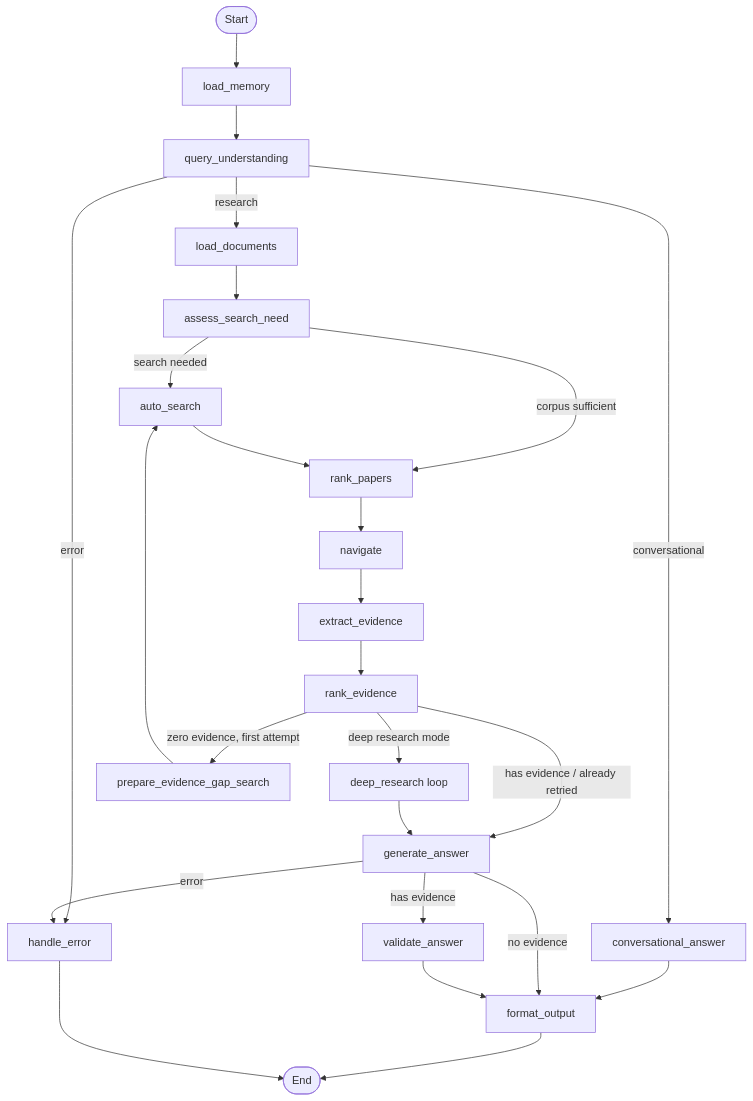
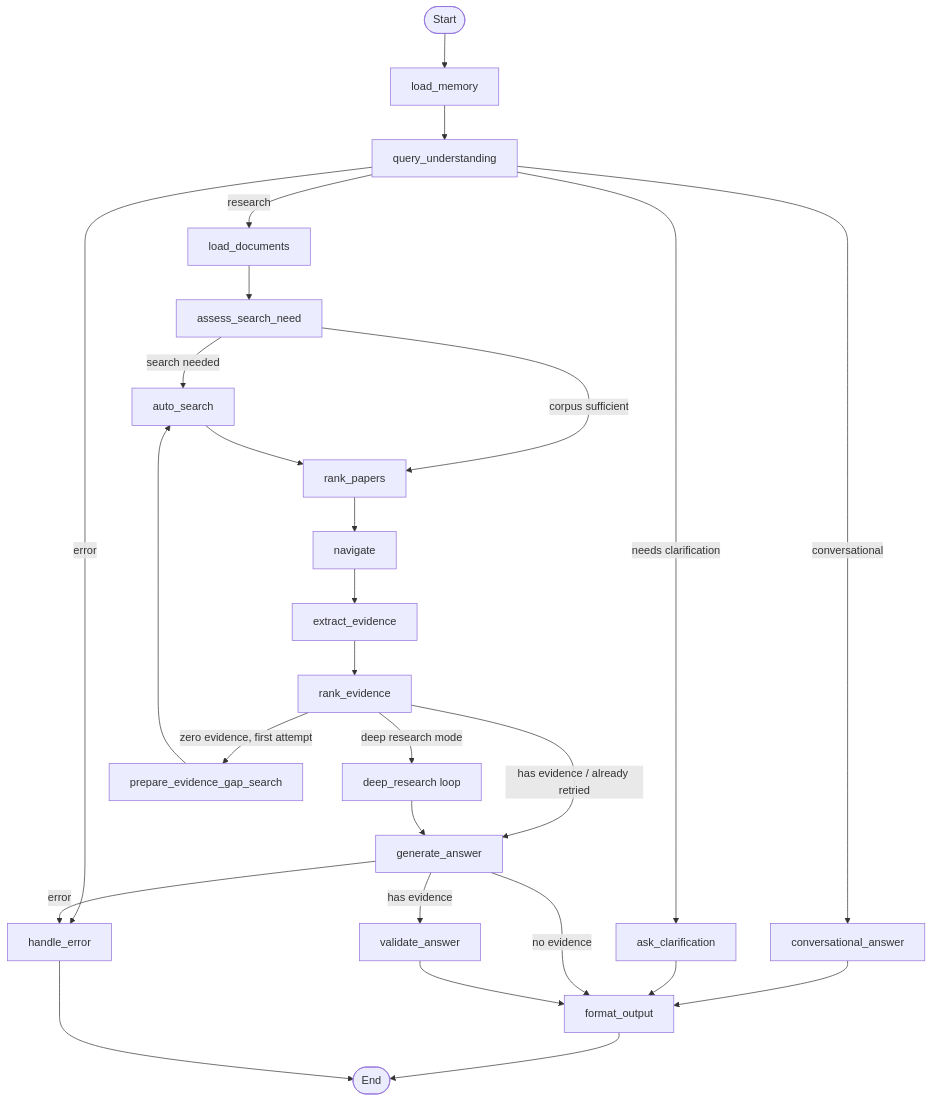
The second of 4 diagrams in README.md (siamak-p/scientific_vectorless_rag), drawn with Mermaid before and after one commit. The commit also changed 55 other files, not shown here.

````diff
--- a/README.md
+++ b/README.md
@@ -156,30 +156,32 @@
 ```mermaid
 flowchart TD
     START([Start]) --> LM[load_memory]
     LM --> QU[query_understanding]
     QU -- conversational --> CA[conversational_answer]
+    QU -- needs clarification --> AC[ask_clarification]
     QU -- research --> LD[load_documents]
     QU -- error --> HE[handle_error]
 
     LD --> ASN[assess_search_need]
     ASN -- search needed --> AS[auto_search]
     ASN -- corpus sufficient --> RP[rank_papers]
     AS --> RP
     RP --> NAV[navigate]
     NAV --> EE[extract_evidence]
     EE --> RE[rank_evidence]
 
     RE -- deep research mode --> DRL[deep_research loop]
     RE -- zero evidence, first attempt --> PEG[prepare_evidence_gap_search]
     RE -- has evidence / already retried --> GA[generate_answer]
     PEG --> AS
 
     DRL --> GA
     CA --> FO[format_output]
+    AC --> FO
     GA -- error --> HE
     GA -- has evidence --> VA[validate_answer]
     GA -- no evidence --> FO
     VA --> FO
     FO --> END([End])
     HE --> END
 ```
````
